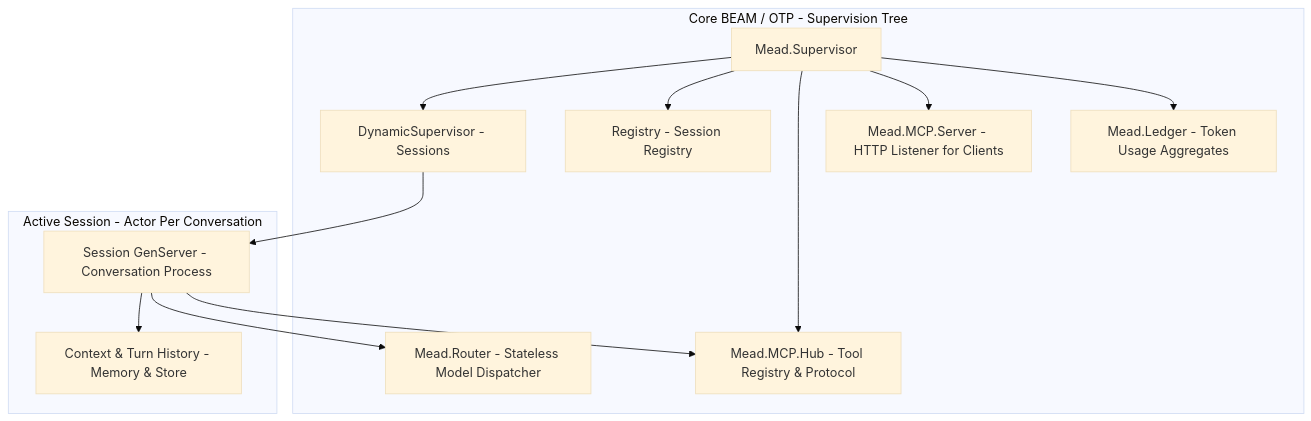
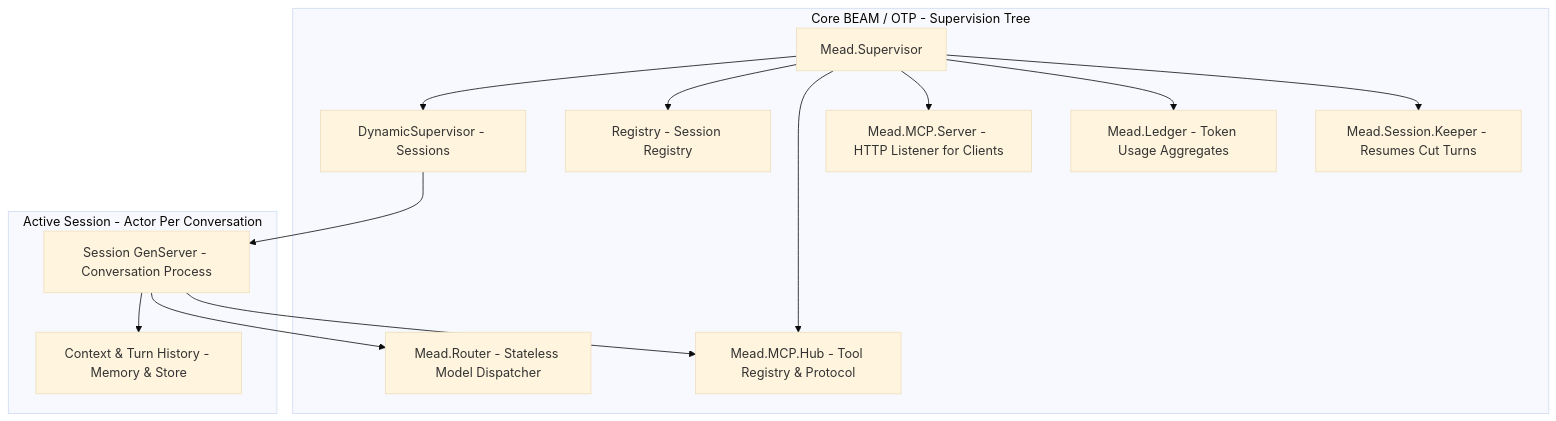
The first of 2 diagrams in docs/ARCHITECTURE.md (albertosca/mead), drawn with Mermaid (base theme) before and after one commit. The commit also changed other lines of this file and 13 other files, not shown here.

````diff
--- a/docs/ARCHITECTURE.md
+++ b/docs/ARCHITECTURE.md
@@ -10,28 +10,30 @@
 ```mermaid
 graph TD
     subgraph core_otp ["Core BEAM / OTP - Supervision Tree"]
         RootSup["Mead.Supervisor"]
         SessionSup["DynamicSupervisor - Sessions"]
         Registry["Registry - Session Registry"]
         RouterEngine["Mead.Router - Stateless Model Dispatcher"]
         MCPHub["Mead.MCP.Hub - Tool Registry & Protocol"]
         MCPServer["Mead.MCP.Server - HTTP Listener for Clients"]
         Metrics["Mead.Ledger - Token Usage Aggregates"]
+        Keeper["Mead.Session.Keeper - Resumes Cut Turns"]
     end
 
     RootSup --> SessionSup
     RootSup --> Registry
     RootSup --> MCPHub
     RootSup --> MCPServer
     RootSup --> Metrics
+    RootSup --> Keeper
 
     subgraph active_session ["Active Session - Actor Per Conversation"]
         SessionProc["Session GenServer - Conversation Process"]
         ContextBuffer["Context & Turn History - Memory & Store"]
     end
 
     SessionSup --> SessionProc
     SessionProc --> ContextBuffer
     SessionProc --> RouterEngine
     SessionProc --> MCPHub
 ```
````
